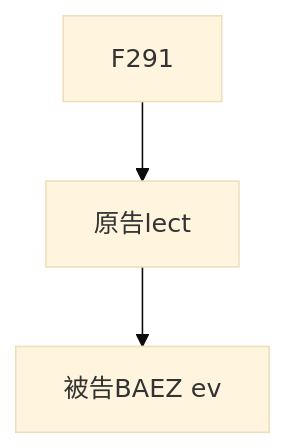
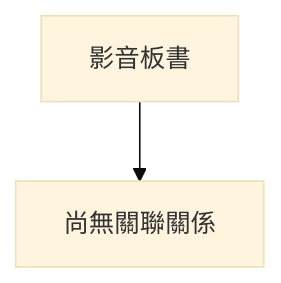
One commit to sk285513-dev/cc-switch changed the diagram in Obsidian_Vault/04_教材圖表校對/校對_影音板書_預約 10 2024-10-19 09-28-59-085_01_13_15.md. Above: the diagram before and after it, drawn with Mermaid (base theme). The commit also changed other lines of this file and 34571 other files, not shown here.

````diff
--- a/Obsidian_Vault/04_教材圖表校對/校對_影音板書_預約 10 2024-10-19 09-28-59-085_01_13_15.md
+++ b/Obsidian_Vault/04_教材圖表校對/校對_影音板書_預約 10 2024-10-19 09-28-59-085_01_13_15.md
@@ -26,8 +16,4 @@
 ```mermaid
 graph TD
-    F291["F291"]
-    ihe_lect["原告lect"]
-    BAEZ_ev["被告BAEZ ev"]
-    F291 --> ihe_lect
-    ihe_lect --> BAEZ_ev
+    A["影音板書"] --> B["尚無關聯關係"]
 ```
````
